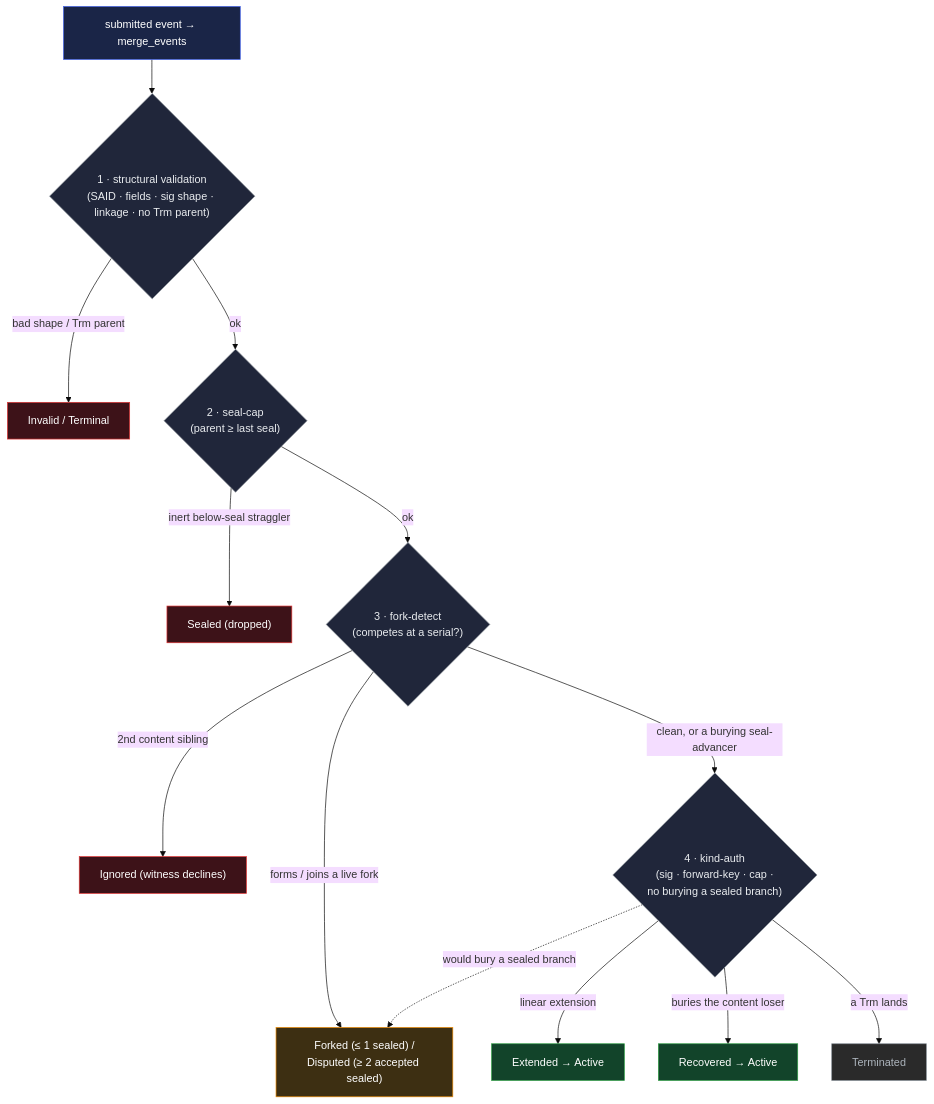
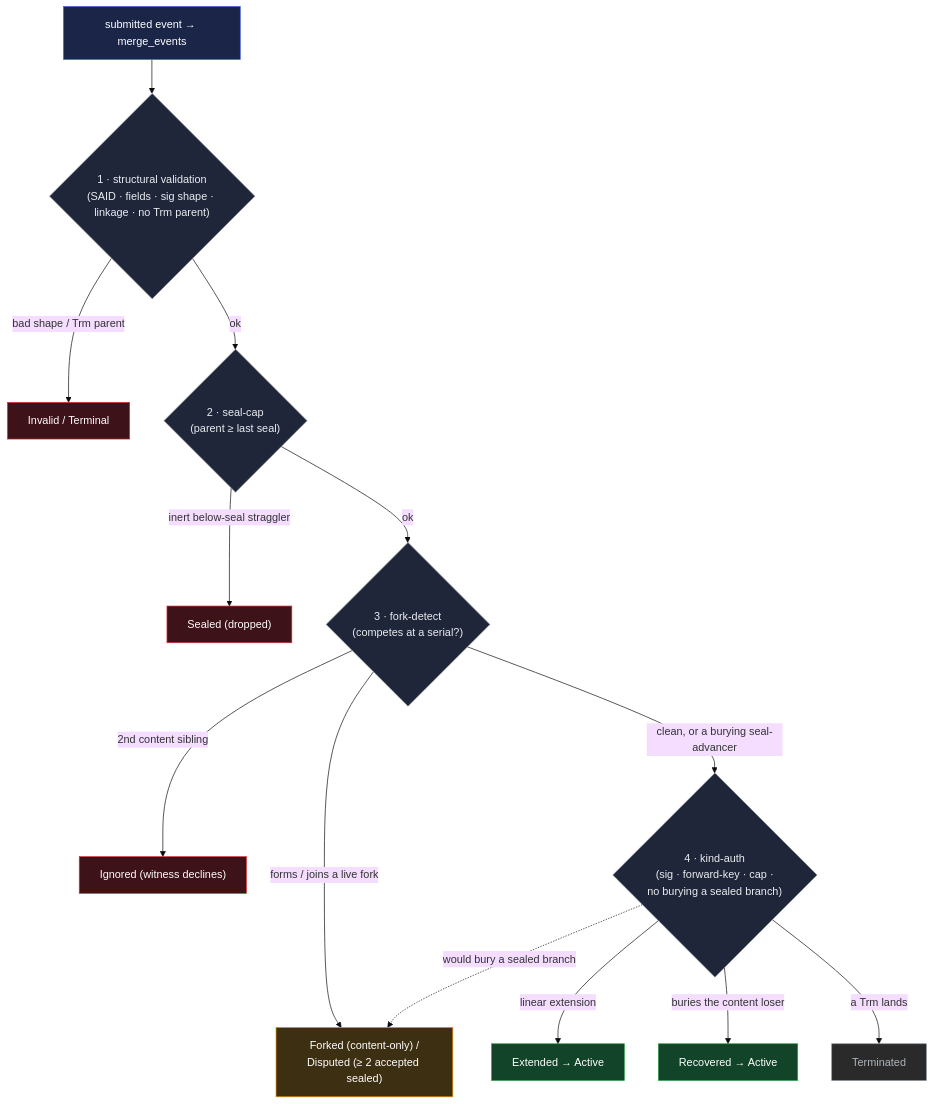
One commit to jasoncolburne/vdti changed the diagram in docs/design/primitives/data/event-logs/kel/merge.md. Above: the diagram before and after it, drawn with Mermaid (base theme). The commit also changed other lines of this file and 67 other files, not shown here.

````diff
--- a/docs/design/primitives/data/event-logs/kel/merge.md
+++ b/docs/design/primitives/data/event-logs/kel/merge.md
@@ -106,22 +109,22 @@
 ```mermaid
 flowchart TD
   ev["submitted event → merge_events"]:::start
   ev --> r1{"1 · structural validation<br/>(SAID · fields · sig shape · linkage · no Trm parent)"}:::q
   r1 -->|"bad shape / Trm parent"| x1["Invalid / Terminal"]:::bad
   r1 -->|ok| r2{"2 · seal-cap<br/>(parent ≥ last seal)"}:::q
   r2 -->|"inert below-seal straggler"| x2["Sealed (dropped)"]:::bad
   r2 -->|ok| r3{"3 · fork-detect<br/>(competes at a serial?)"}:::q
   r3 -->|"2nd content sibling"| x3["Ignored (witness declines)"]:::bad
-  r3 -->|"forms / joins a live fork"| x4["Forked (≤ 1 sealed) /<br/>Disputed (≥ 2 accepted sealed)"]:::mid
+  r3 -->|"forms / joins a live fork"| x4["Forked (content-only) /<br/>Disputed (≥ 2 accepted sealed)"]:::mid
   r3 -->|"clean, or a burying seal-advancer"| r4{"4 · kind-auth<br/>(sig · forward-key · cap ·<br/>no burying a sealed branch)"}:::q
   r4 -->|"linear extension"| ext["Extended → Active"]:::good
   r4 -->|"buries the content loser"| rec["Recovered → Active"]:::good
   r4 -->|"a Trm lands"| term["Terminated"]:::dead
   r4 -.->|"would bury a sealed branch"| x4
   classDef start fill:#1a2547,stroke:#4263eb,color:#fff
   classDef q fill:#20263a,stroke:#868e96,color:#e9ecef
   classDef good fill:#12442a,stroke:#2f9e44,color:#fff
   classDef mid fill:#3d2f12,stroke:#f08c00,color:#fff
   classDef bad fill:#3d1218,stroke:#e03131,color:#fff
   classDef dead fill:#2a2a2a,stroke:#868e96,color:#adb5bd
 ```
````
